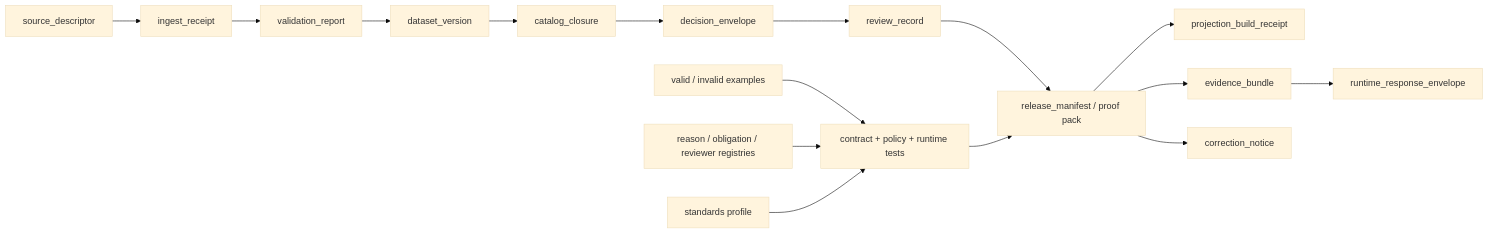
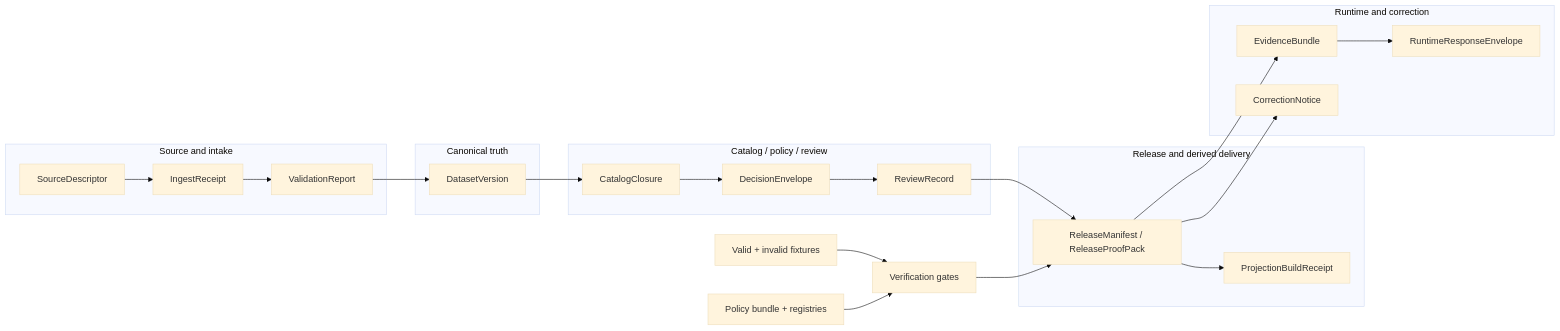
One commit to bartytime4life/Kansas-Frontier-Matrix changed the diagram in schemas/README.md. Above: the diagram before and after it, drawn with Mermaid (base theme). The commit also changed other lines of this file, not shown here.

````diff
--- a/schemas/README.md
+++ b/schemas/README.md
@@ -216,19 +215,38 @@
 ```mermaid
 flowchart LR
-    SD[source_descriptor] --> IR[ingest_receipt]
-    IR --> VR[validation_report]
-    VR --> DV[dataset_version]
-    DV --> CC[catalog_closure]
-    CC --> DE[decision_envelope]
-    DE --> RR[review_record]
-    RR --> RM[release_manifest / proof pack]
-    RM --> PBR[projection_build_receipt]
-    RM --> EB[evidence_bundle]
-    EB --> RRE[runtime_response_envelope]
-    RM --> CN[correction_notice]
+    subgraph A["Source and intake"]
+        SD[SourceDescriptor]
+        IR[IngestReceipt]
+        VR[ValidationReport]
+    end
 
-    EX[valid / invalid examples] --> T[contract + policy + runtime tests]
-    REG[reason / obligation / reviewer registries] --> T
-    PROF[standards profile] --> T
-    T --> RM
+    subgraph B["Canonical truth"]
+        DV[DatasetVersion]
+    end
+
+    subgraph C["Catalog / policy / review"]
+        CC[CatalogClosure]
+        DE[DecisionEnvelope]
+        RR[ReviewRecord]
+    end
+
+    subgraph D["Release and derived delivery"]
+        RM[ReleaseManifest / ReleaseProofPack]
+        PBR[ProjectionBuildReceipt]
+    end
+
+    subgraph E["Runtime and correction"]
+        EB[EvidenceBundle]
+        RRE[RuntimeResponseEnvelope]
+        CN[CorrectionNotice]
+    end
+
+    SD --> IR --> VR --> DV --> CC --> DE --> RR --> RM
+    RM --> PBR
+    RM --> EB --> RRE
+    RM --> CN
+
+    F[Valid + invalid fixtures] --> G[Verification gates]
+    P[Policy bundle + registries] --> G
+    G --> RM
 ```
````
